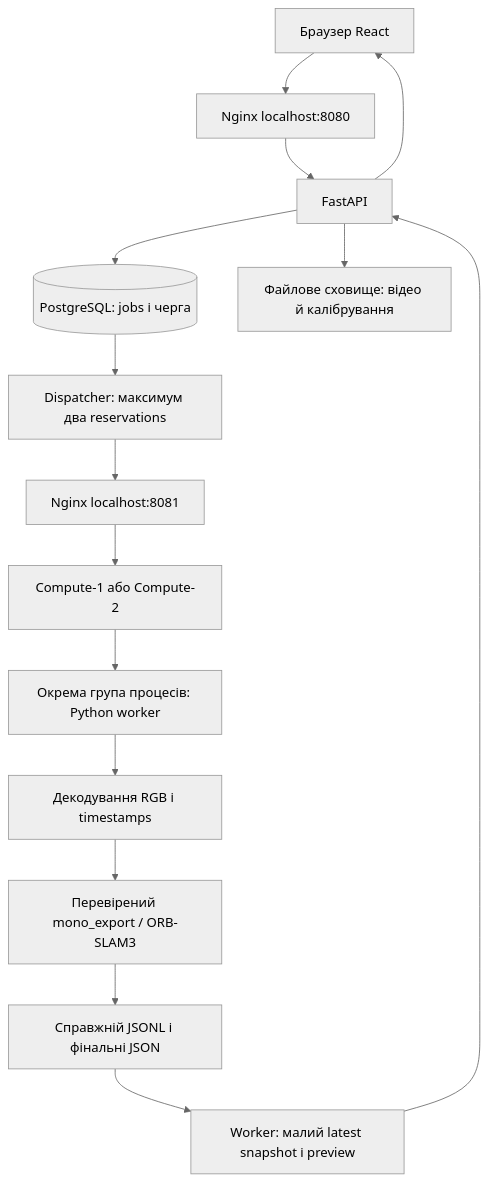
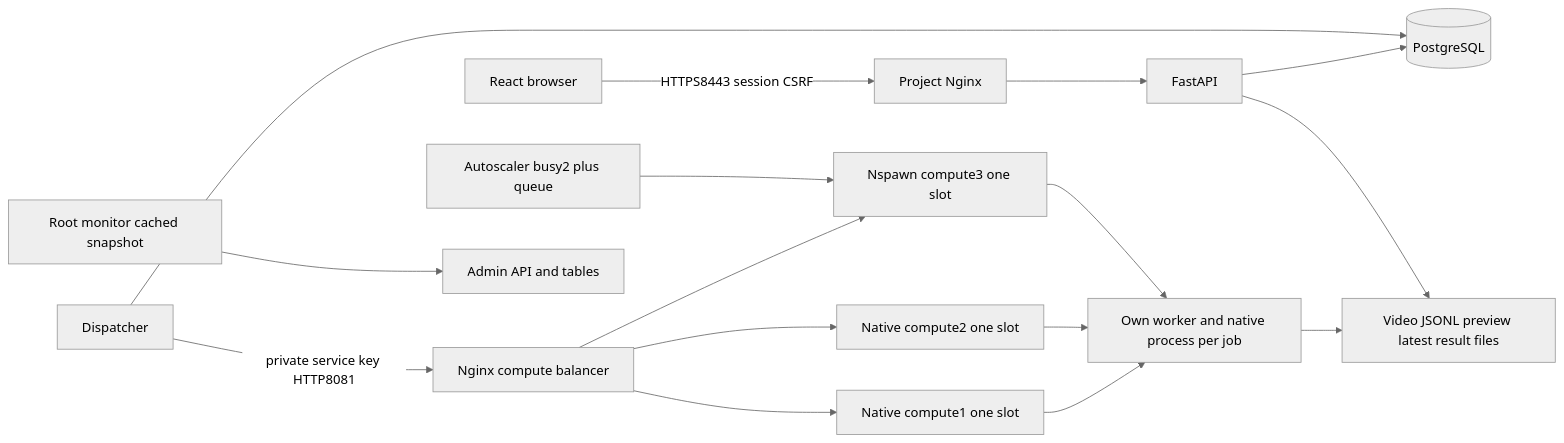
Before and after one commit to DemusMaryan/WebView: the diagram in docs/how-it-works.md, drawn with Mermaid (neutral theme). The commit also changed other lines of this file and 4 other files, not shown here.

````diff
--- a/docs/how-it-works.md
+++ b/docs/how-it-works.md
@@ -7,17 +9,16 @@
 ```mermaid
-flowchart TD
-    B[Браузер React] --> N[Nginx localhost:8080]
+flowchart LR
+    B[React browser] -->|HTTPS8443 session CSRF| N[Project Nginx]
     N --> A[FastAPI]
-    A --> P[(PostgreSQL: jobs і черга)]
-    A --> F[Файлове сховище: відео й калібрування]
-    P --> D[Dispatcher: максимум два reservations]
-    D --> L[Nginx localhost:8081]
-    L --> C[Compute-1 або Compute-2]
-    C --> W[Окрема група процесів: Python worker]
-    W --> R[Декодування RGB і timestamps]
-    R --> O[Перевірений mono_export / ORB-SLAM3]
-    O --> J[Справжній JSONL і фінальні JSON]
-    J --> S[Worker: малий latest snapshot і preview]
-    S --> A
-    A --> B
+    A --> P[(PostgreSQL)]
+    D[Dispatcher] --> P
+    D -->|private service key HTTP8081| L[Nginx compute balancer]
+    L --> C1[Native compute1 one slot]
+    L --> C2[Native compute2 one slot]
+    L --> C3[Nspawn compute3 one slot]
+    S[Autoscaler busy2 plus queue] --> C3
+    C1 & C2 & C3 --> W[Own worker and native process per job]
+    W --> F[Video JSONL preview latest result files]
+    A --> F
+    M[Root monitor cached snapshot] --> X[Admin API and tables]
 ```
````
